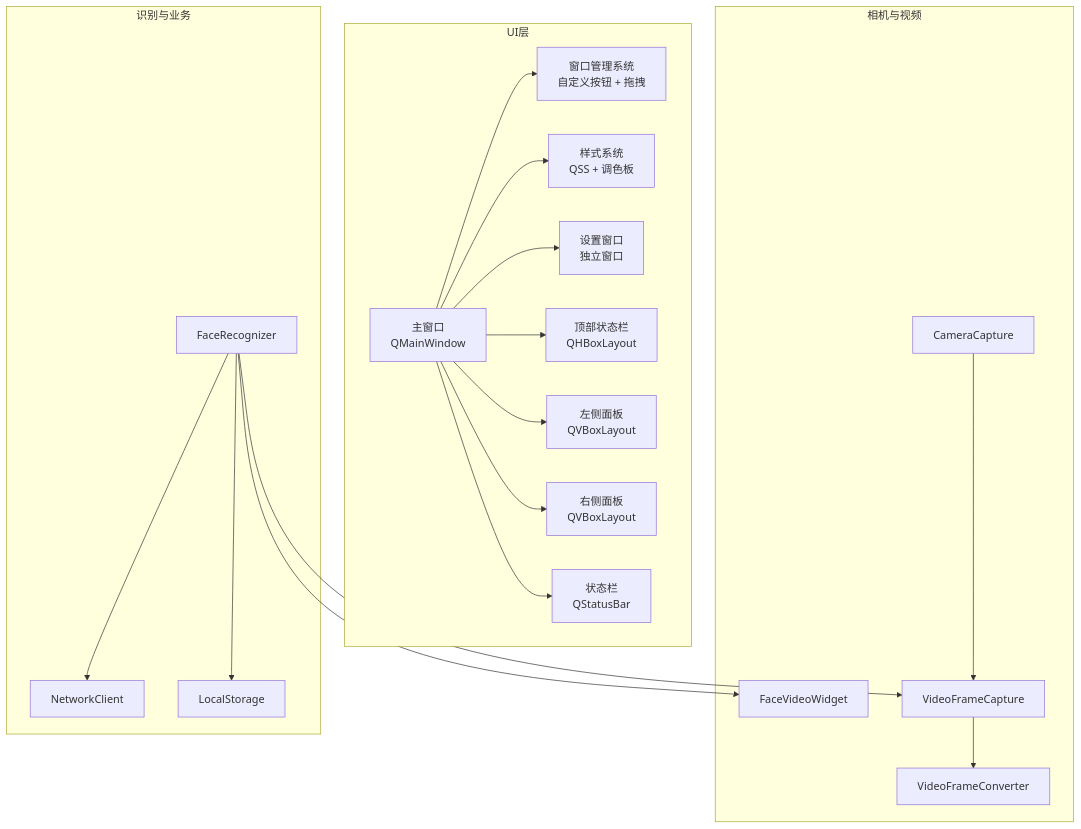
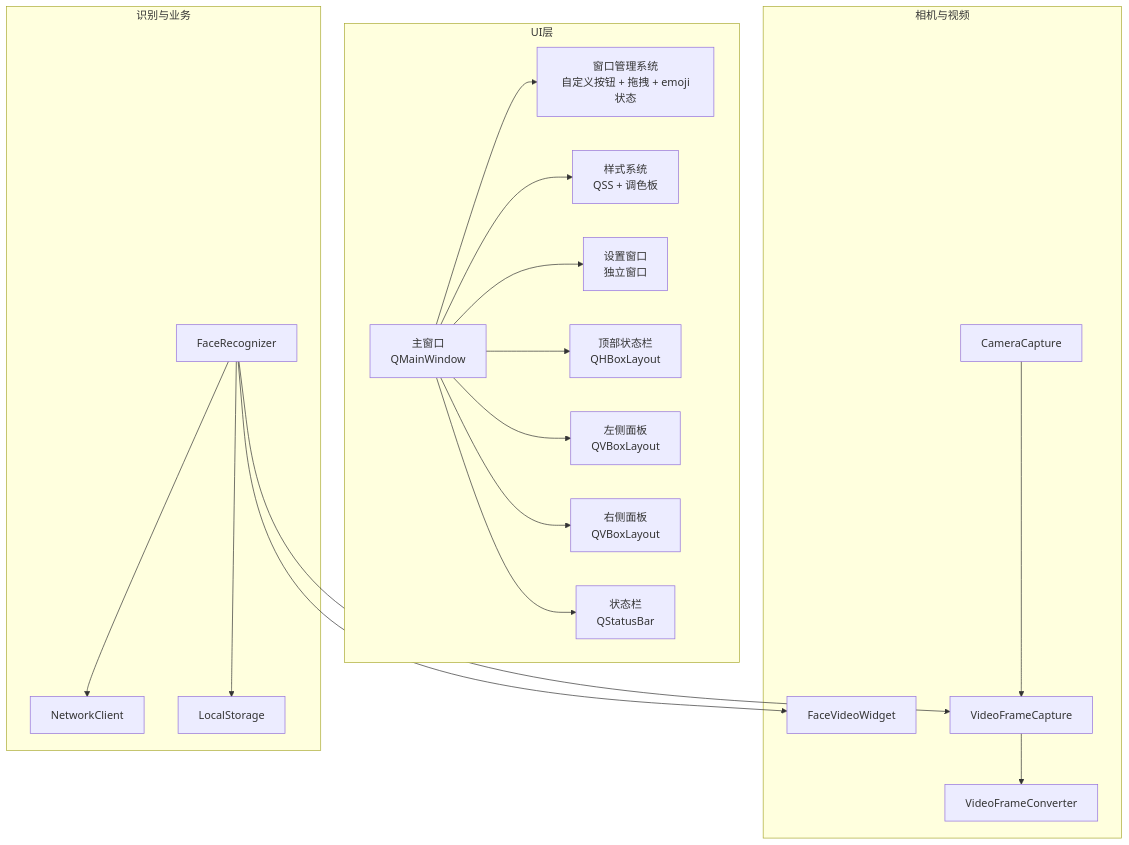
One commit to HeQiTZD/Triple-terminal-Attendance-Punching-System changed the second of 10 diagrams in .qoder/repowiki/zh/content/用户界面设计/用户界面设计.md. Above: the diagram before and after it, drawn with Mermaid. The commit also changed other lines of this file and 1966 other files, not shown here.

````diff
--- a/.qoder/repowiki/zh/content/用户界面设计/用户界面设计.md
+++ b/.qoder/repowiki/zh/content/用户界面设计/用户界面设计.md
@@ -153,37 +156,37 @@
 ```mermaid
 graph TB
 subgraph "UI层"
 MW["主窗口<br/>QMainWindow"]
-WM["窗口管理系统<br/>自定义按钮 + 拖拽"]
+WM["窗口管理系统<br/>自定义按钮 + 拖拽 + emoji状态"]
 SS["样式系统<br/>QSS + 调色板"]
 SW["设置窗口<br/>独立窗口"]
 TL["顶部状态栏<br/>QHBoxLayout"]
 CL["左侧面板<br/>QVBoxLayout"]
 RL["右侧面板<br/>QVBoxLayout"]
 SB["状态栏<br/>QStatusBar"]
 end
 subgraph "相机与视频"
 CC["CameraCapture"]
 VFC["VideoFrameCapture"]
 VFCV["VideoFrameConverter"]
 FW["FaceVideoWidget"]
 end
 subgraph "识别与业务"
 FR["FaceRecognizer"]
 LS["LocalStorage"]
 NC["NetworkClient"]
 end
 MW --> WM
 MW --> SS
 MW --> SW
 MW --> TL
 MW --> CL
 MW --> RL
 MW --> SB
 CC --> VFC
 VFC --> VFCV
 FR --> VFC
 FR --> FW
 FR --> LS
 FR --> NC
 ```
````
